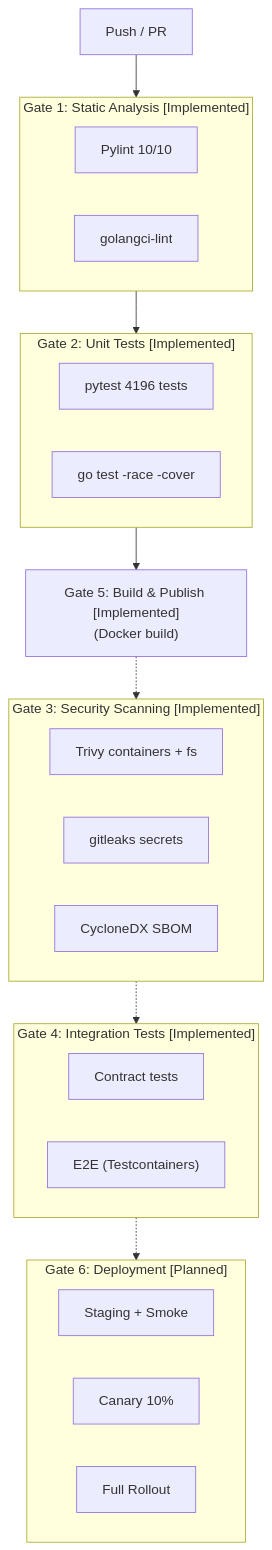
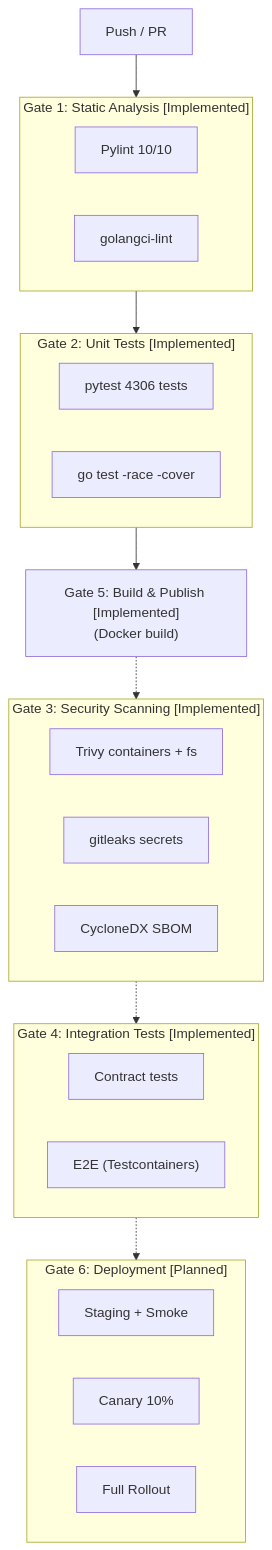
The eighth of 10 diagrams in docs/SPEC.md (jdiitm/graphrag-architect), drawn with Mermaid before and after one commit. The commit also changed other lines of this file and 4 other files, not shown here.

````diff
--- a/docs/SPEC.md
+++ b/docs/SPEC.md
@@ -1726,31 +1736,31 @@
 ```mermaid
 flowchart TD
     Push["Push / PR"] --> G1
     subgraph G1 ["Gate 1: Static Analysis [Implemented]"]
         Pylint["Pylint 10/10"]
         GolangciLint["golangci-lint"]
     end
     G1 --> G2
     subgraph G2 ["Gate 2: Unit Tests [Implemented]"]
-        Py["pytest 4196 tests"]
+        Py["pytest 4306 tests"]
         Go["go test -race -cover"]
     end
     G2 --> G5["Gate 5: Build & Publish [Implemented]<br/>(Docker build)"]
     G5 -.-> G3
     subgraph G3 ["Gate 3: Security Scanning [Implemented]"]
         Trivy["Trivy containers + fs"]
         Gitleaks["gitleaks secrets"]
         SBOM["CycloneDX SBOM"]
     end
     G3 -.-> G4
     subgraph G4 ["Gate 4: Integration Tests [Implemented]"]
         Contract["Contract tests"]
         E2E["E2E (Testcontainers)"]
     end
     G4 -.-> G6
     subgraph G6 ["Gate 6: Deployment [Planned]"]
         Staging["Staging + Smoke"]
         Canary["Canary 10%"]
         Full["Full Rollout"]
     end
 ```
````
